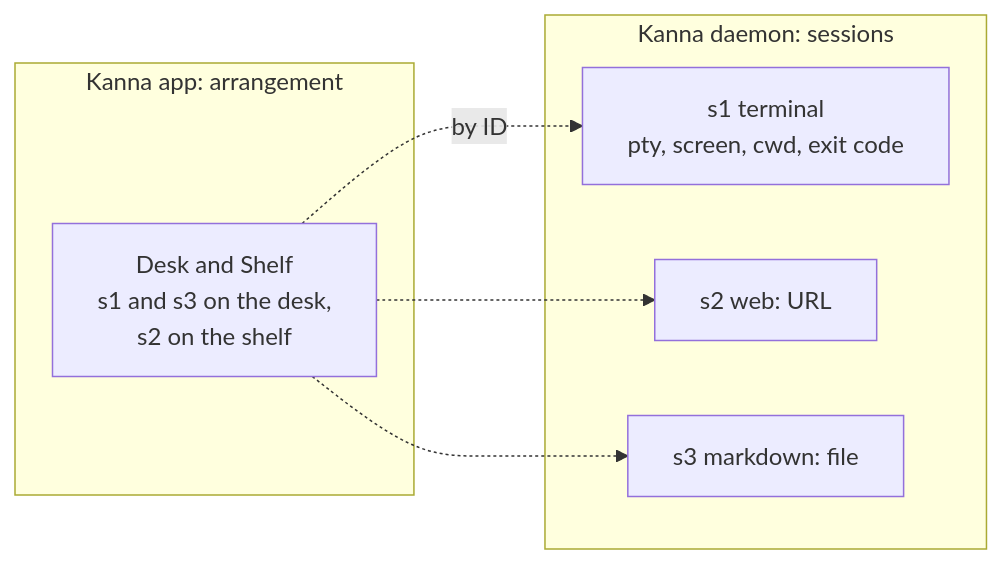
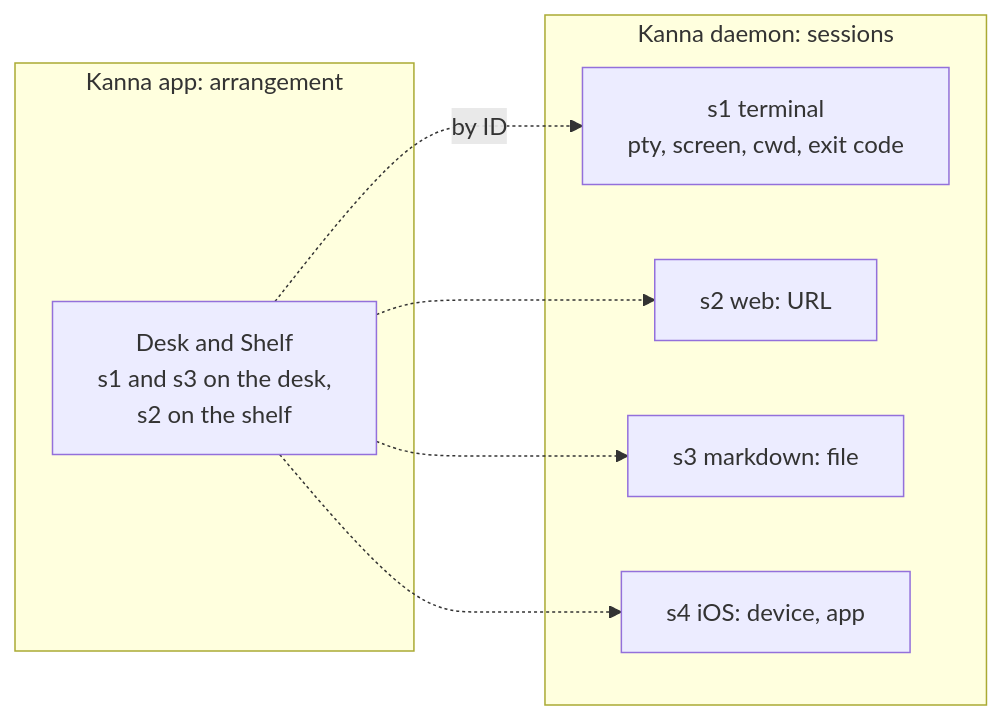
The third of 10 diagrams in docs/research/mux-architecture.md (jemdiggity/kanna-v4), drawn with Mermaid before and after one commit. The commit also changed other lines of this file, not shown here.

Commit message:
Mux architecture: where web and iOS panes live

````diff
--- a/docs/research/mux-architecture.md
+++ b/docs/research/mux-architecture.md
@@ -120,14 +135,16 @@
 ```mermaid
 flowchart LR
     subgraph D["Kanna daemon: sessions"]
         S1["s1 terminal<br/>pty, screen, cwd, exit code"]
         S2["s2 web: URL"]
         S3["s3 markdown: file"]
+        S4["s4 iOS: device, app"]
     end
     subgraph K["Kanna app: arrangement"]
         DESK["Desk and Shelf<br/>s1 and s3 on the desk,<br/>s2 on the shelf"]
     end
     DESK -. "by ID" .-> S1
     DESK -.-> S2
     DESK -.-> S3
+    DESK -.-> S4
 ```
````
